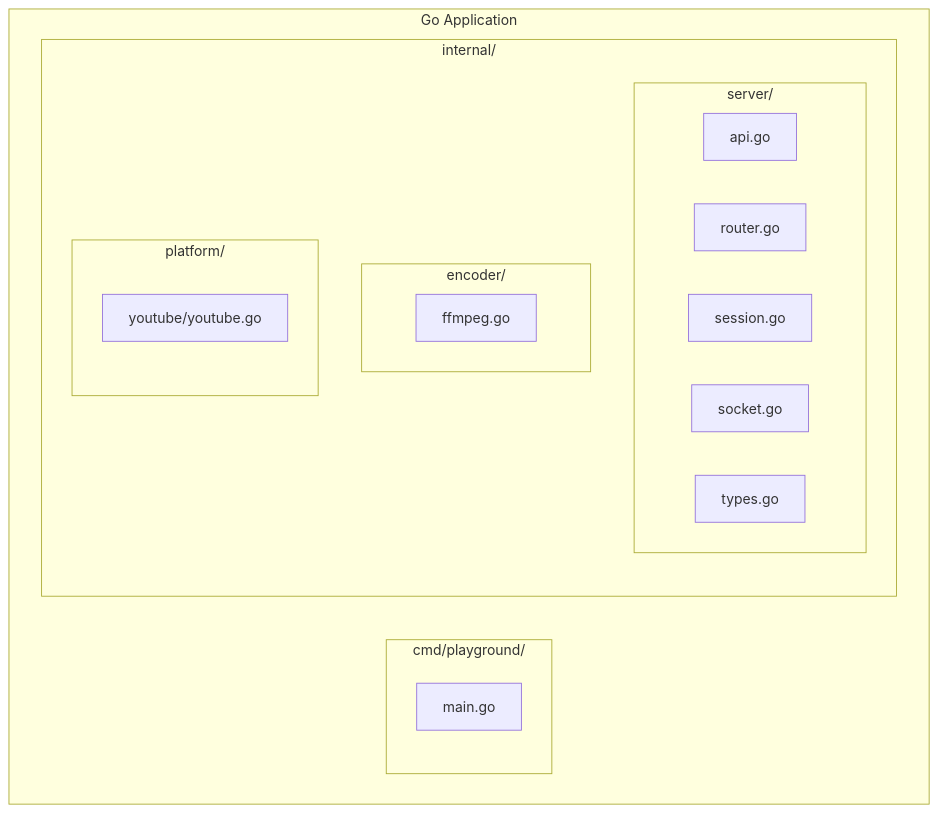
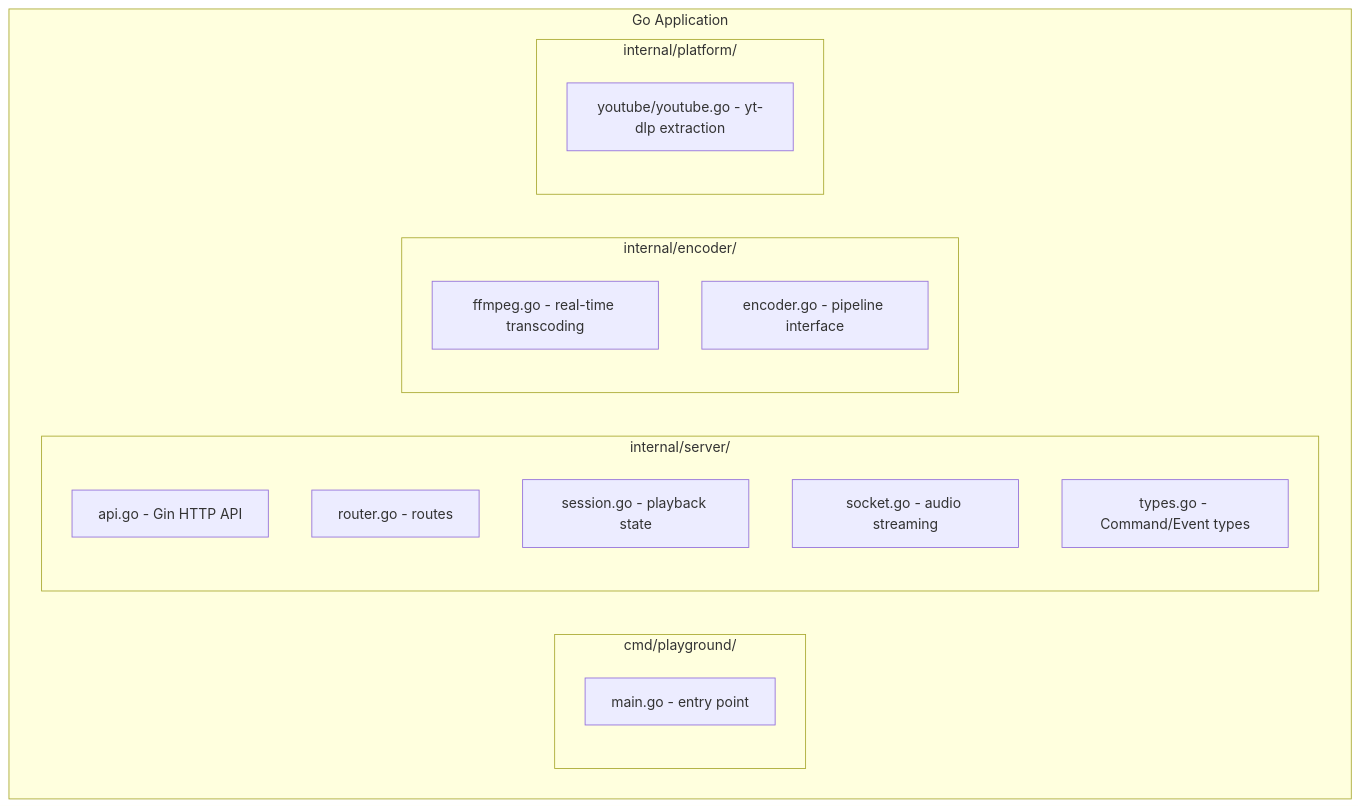
Before and after one commit to thewind121212/natashi: the fifth of 9 diagrams in .claude/skills/topic-planning/SKILL.md, drawn with Mermaid. The commit also changed other lines of this file and 3 other files, not shown here.

````diff
--- a/.claude/skills/topic-planning/SKILL.md
+++ b/.claude/skills/topic-planning/SKILL.md
@@ -171,26 +170,25 @@
 ```mermaid
 flowchart TB
     subgraph Go["Go Application"]
         subgraph Cmd["cmd/playground/"]
-            MAIN[main.go]
+            MAIN[main.go - entry point]
         end
 
-        subgraph Internal["internal/"]
-            subgraph Server["server/"]
-                API[api.go]
-                ROUTER[router.go]
-                SESSION[session.go]
-                SOCKET[socket.go]
-                TYPES[types.go]
-            end
+        subgraph Server["internal/server/"]
+            API[api.go - Gin HTTP API]
+            ROUTER[router.go - routes]
+            SESSION[session.go - playback state]
+            SOCKET[socket.go - audio streaming]
+            TYPES[types.go - Command/Event types]
+        end
 
-            subgraph Encoder["encoder/"]
-                FFMPEG[ffmpeg.go]
-            end
+        subgraph Encoder["internal/encoder/"]
+            FFMPEG[ffmpeg.go - real-time transcoding]
+            ENC[encoder.go - pipeline interface]
+        end
 
-            subgraph Platform["platform/"]
-                YOUTUBE[youtube/youtube.go]
-            end
+        subgraph Platform["internal/platform/"]
+            YOUTUBE[youtube/youtube.go - yt-dlp extraction]
         end
     end
 ```
````
